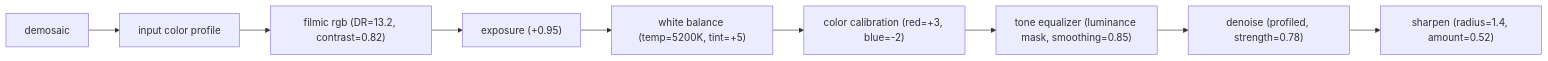
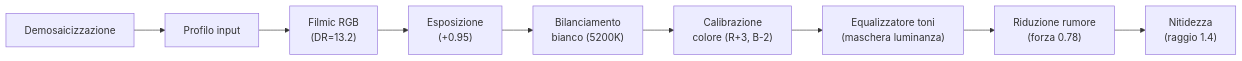
The diagram in docs/appendix/resources.md (lorenzoperone/darktable-docs), drawn with Mermaid before and after one commit. The commit also changed 40 other files, not shown here.

First line of the commit message:
fix: reformatta diagrammi Mermaid — etichette brevi, break line, italiano

````diff
--- a/docs/appendix/resources.md
+++ b/docs/appendix/resources.md
@@ -113,9 +113,9 @@
 ```mermaid
 flowchart LR
-    A["demosaic"] --> B["input color profile"] --> C["filmic rgb (DR=13.2, contrast=0.82)"]
-    --> D["exposure (+0.95)"] --> E["white balance (temp=5200K, tint=+5)"]
-    --> F["color calibration (red=+3, blue=-2)"]
-    --> G["tone equalizer (luminance mask, smoothing=0.85)"]
-    --> H["denoise (profiled, strength=0.78)"]
-    --> I["sharpen (radius=1.4, amount=0.52)"]
+    A["Demosaicizzazione"] --> B["Profilo input"] --> C["Filmic RGB<br/>(DR=13.2)"]
+    --> D["Esposizione<br/>(+0.95)"] --> E["Bilanciamento<br/>bianco (5200K)"]
+    --> F["Calibrazione<br/>colore (R+3, B-2)"]
+    --> G["Equalizzatore toni<br/>(maschera luminanza)"]
+    --> H["Riduzione rumore<br/>(forza 0.78)"]
+    --> I["Nitidezza<br/>(raggio 1.4)"]
 ```
````
